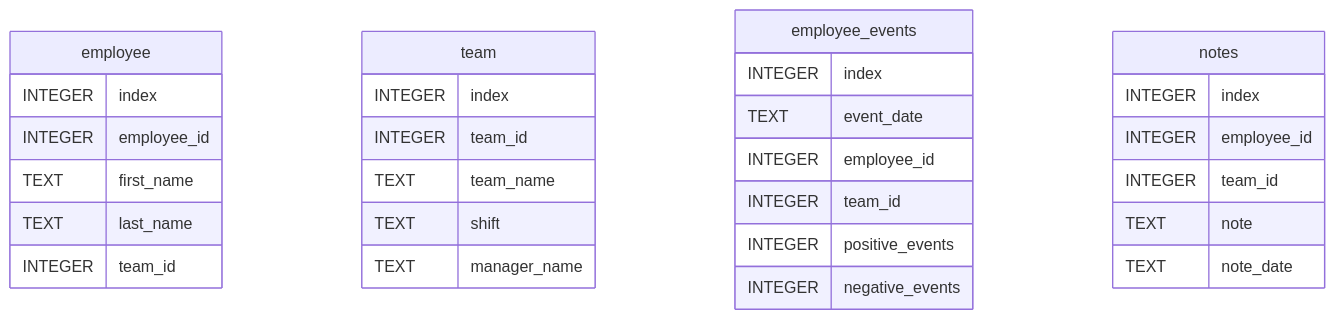
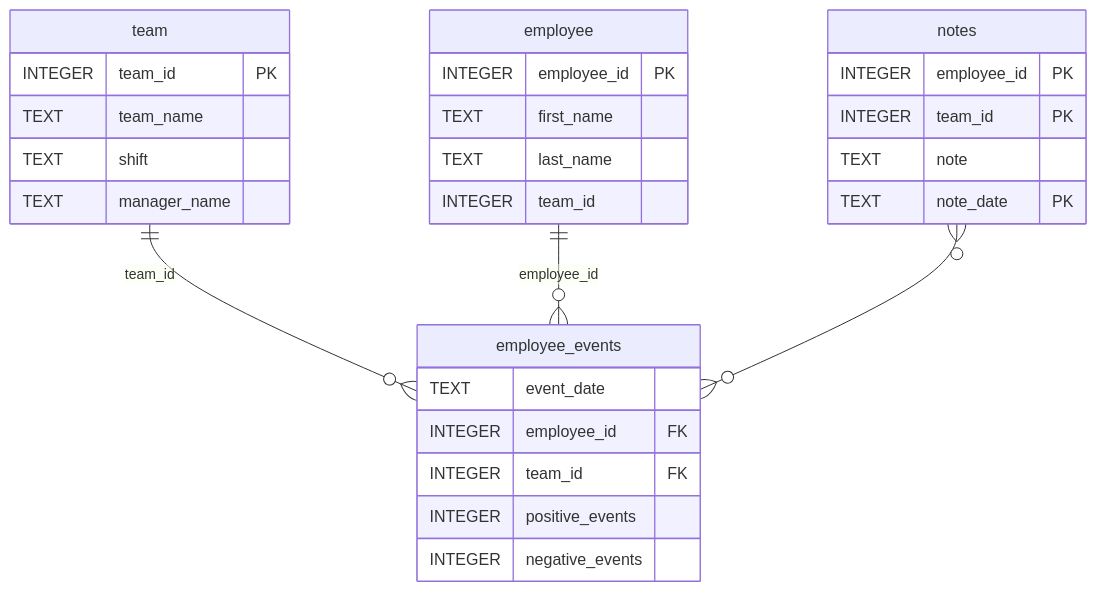
The diagram in python-package/README.md (groundhog-21/dsnd-dashboard-project), drawn with Mermaid before and after one commit. The commit also changed other lines of this file and 1 other file, not shown here.

Commit message:
Add package documentation and rebuild source distribution

````diff
--- a/python-package/README.md
+++ b/python-package/README.md
@@ -51,32 +53,32 @@
 ```mermaid
 erDiagram
+    team {
+        INTEGER team_id PK
+        TEXT team_name
+        TEXT shift
+        TEXT manager_name
+    }
     employee {
-        INTEGER index
-        INTEGER employee_id
+        INTEGER employee_id PK
         TEXT first_name
         TEXT last_name
         INTEGER team_id
     }
-    team {
-        INTEGER index
-        INTEGER team_id
-        TEXT team_name
-        TEXT shift
-        TEXT manager_name
+    notes {
+        INTEGER employee_id PK
+        INTEGER team_id PK
+        TEXT note
+        TEXT note_date PK
     }
     employee_events {
-        INTEGER index
         TEXT event_date
-        INTEGER employee_id
-        INTEGER team_id
+        INTEGER employee_id FK
+        INTEGER team_id FK
         INTEGER positive_events
         INTEGER negative_events
     }
-    notes {
-        INTEGER index
-        INTEGER employee_id
-        INTEGER team_id
-        TEXT note
-        TEXT note_date
-    }
+
+    team ||--o{ employee_events : "team_id"
+    employee ||--o{ employee_events : "employee_id"
+    notes }o--o{ employee_events : ""
 ```
````
